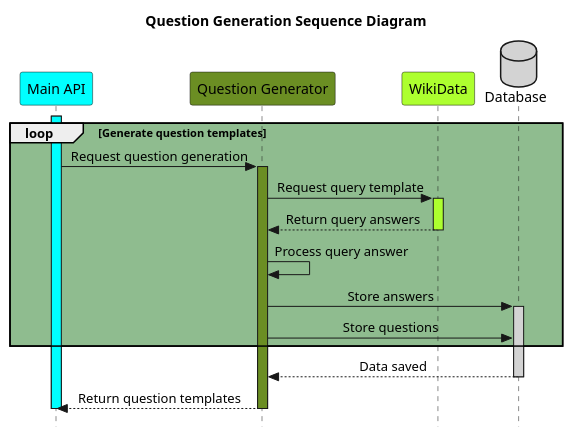
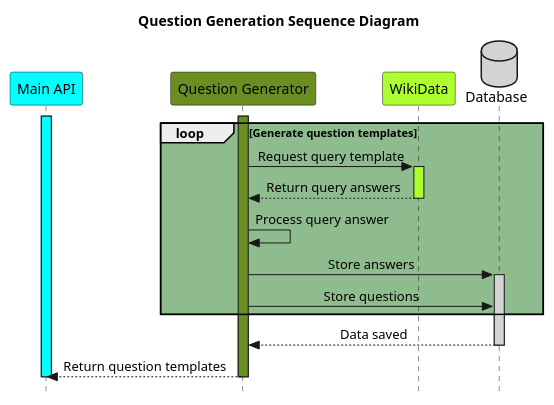
Before and after one commit to Arquisoft/wichat_en1a: the diagram in docs/src/diagrams/Sequence_diagram_Question_Generation.puml, drawn with PlantUML. The commit also changed 2 other files, not shown here.

```diff
--- a/docs/src/diagrams/Sequence_diagram_Question_Generation.puml
+++ b/docs/src/diagrams/Sequence_diagram_Question_Generation.puml
@@ -1,30 +1,29 @@
 @startuml question_generation
 title Question Generation Sequence Diagram
 
 participant mainAPI as "Main API" #Aqua
 participant QG as "Question Generator" #OliveDrab
 participant WD as "WikiData" #GreenYellow
 database DB as "Database" #LightGray
 
 skinparam Style strictuml
 skinparam SequenceMessageAlignment center
 
 loop #darkseagreen Generate question templates
     activate mainAPI #Aqua
-    mainAPI -> QG : Request question generation
     activate QG #OliveDrab
     QG -> WD : Request query template
     activate WD #GreenYellow
     WD --> QG : Return query answers
     deactivate WD
     QG -> QG : Process query answer
     QG -> DB : Store answers
     activate DB #LightGray
     QG -> DB : Store questions
 end loop
 DB --> QG : Data saved
 deactivate DB
 QG --> mainAPI : Return question templates
 deactivate QG
 deactivate mainAPI
 @enduml
```
